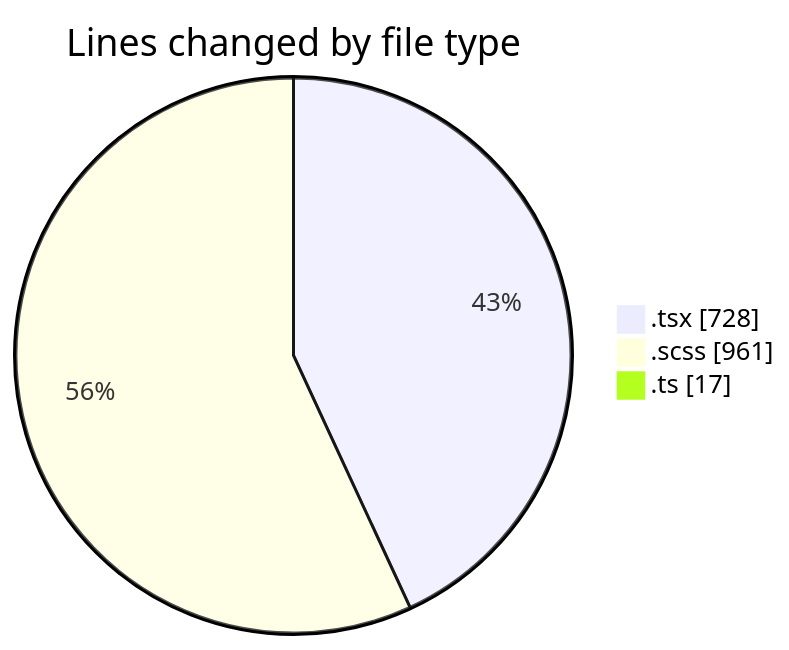
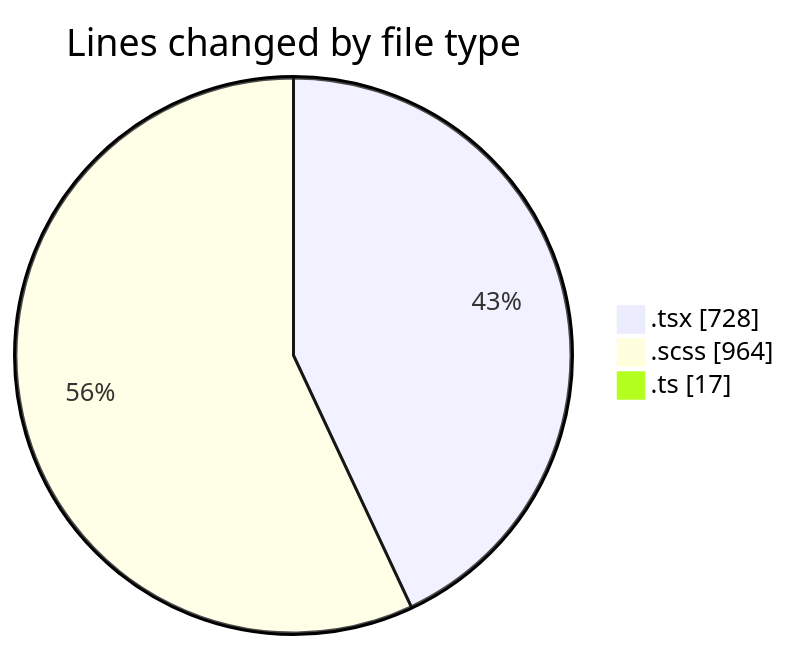
Before and after one commit to momahboobian/code-tracking: the first of 2 diagrams in 2025-09-19/cda/README.md, drawn with Mermaid. The commit also changed other lines of this file and 1 other file, not shown here.

````diff
--- a/2025-09-19/cda/README.md
+++ b/2025-09-19/cda/README.md
@@ -24,7 +24,7 @@
 ```mermaid
 pie showData
 title Lines changed by file type
 ".tsx" : 728
-".scss" : 961
+".scss" : 964
 ".ts" : 17
 ```
````
